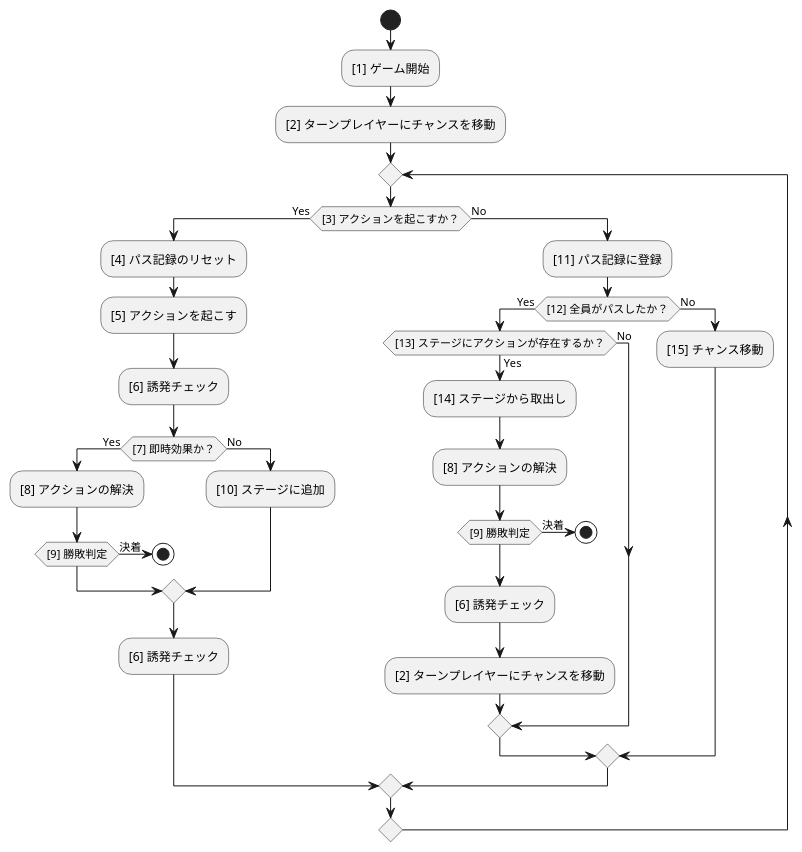
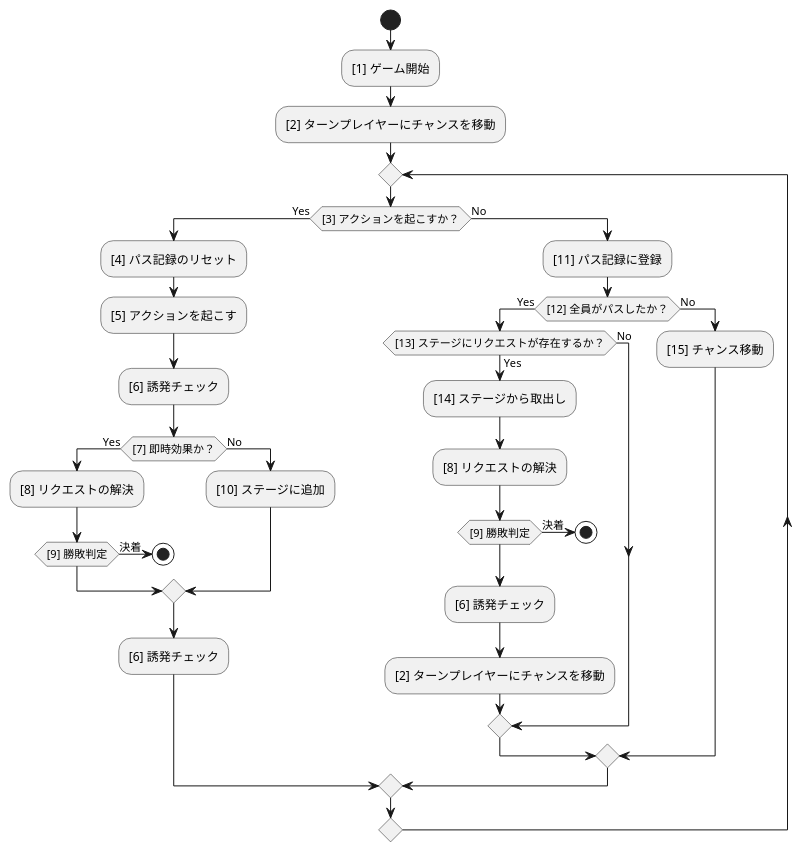
Before and after one commit to BlackPoker/BlackPoker: the diagram in source/core/coreflow.puml, drawn with PlantUML. The commit also changed 8 other files, not shown here.

```diff
--- a/source/core/coreflow.puml
+++ b/source/core/coreflow.puml
@@ -1,37 +1,37 @@
 @startuml
 start
 :[1] ゲーム開始;
 :[2] ターンプレイヤーにチャンスを移動;
 repeat
 if ([3] アクションを起こすか？) then (Yes)
     :[4] パス記録のリセット;
     :[5] アクションを起こす;
     :[6] 誘発チェック;
     if ([7] 即時効果か？) then (Yes)
-        :[8] アクションの解決;
+        :[8] リクエストの解決;
         if ([9] 勝敗判定) then (決着)
             stop
         endif
     else (No)
         :[10] ステージに追加;
     endif
     :[6] 誘発チェック;
 else (No)
     :[11] パス記録に登録;
     if ([12] 全員がパスしたか？) then (Yes)
-        if ([13] ステージにアクションが存在するか？) then (Yes)
+        if ([13] ステージにリクエストが存在するか？) then (Yes)
             :[14] ステージから取出し;
-            :[8] アクションの解決;
+            :[8] リクエストの解決;
             if ([9] 勝敗判定) then (決着)
                 stop
             endif
             :[6] 誘発チェック;
             :[2] ターンプレイヤーにチャンスを移動;
         else (No)
         endif
     else (No)
         :[15] チャンス移動;
     endif
 endif
 repeat while()
 @enduml
```
